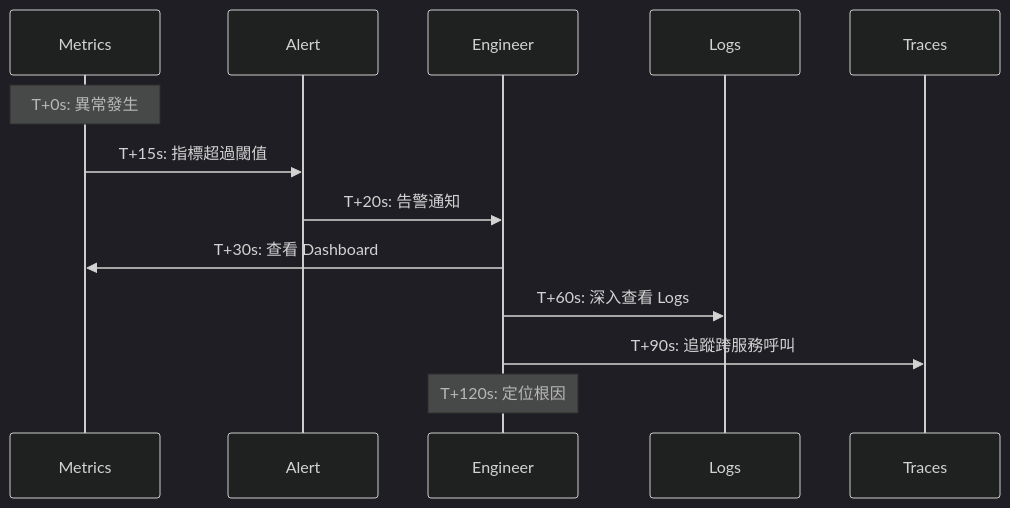
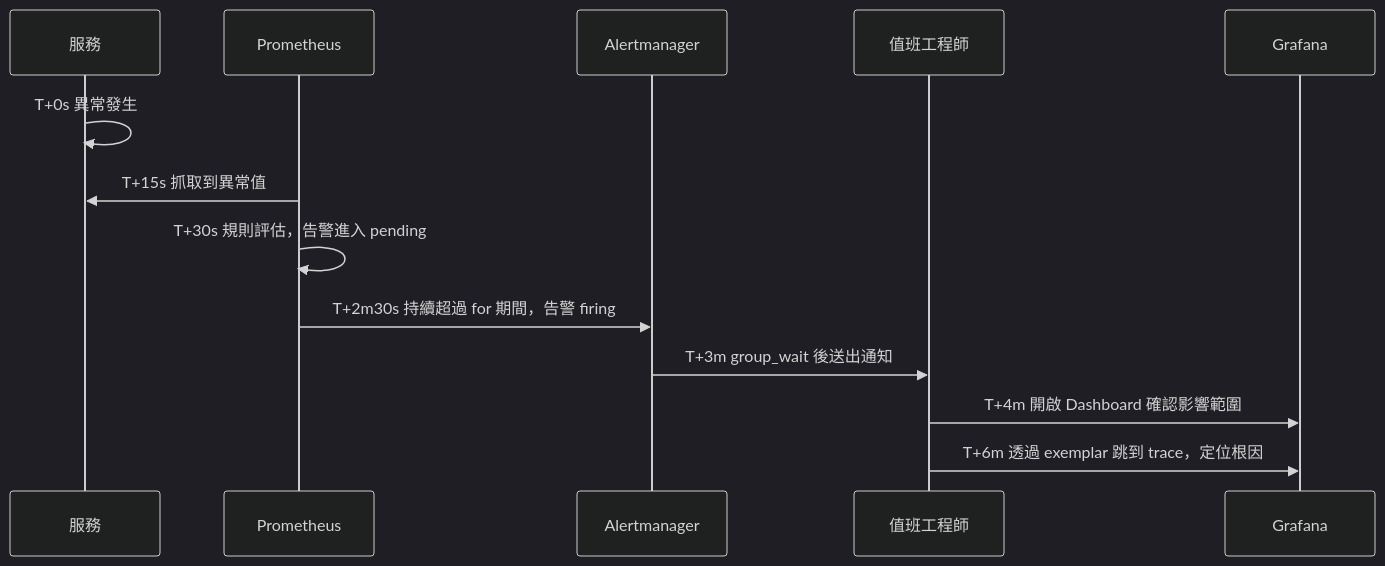
Before and after one commit to chihhung/Blog: the fourth of 28 diagrams in content/posts/教學/工具/Metrics Visualization 教學手冊.md, drawn with Mermaid (dark theme). The commit also changed other lines of this file and 8 other files, not shown here.

````diff
--- a/content/posts/教學/工具/Metrics Visualization 教學手冊.md
+++ b/content/posts/教學/工具/Metrics Visualization 教學手冊.md
@@ -162,16 +387,16 @@
 ```mermaid
 sequenceDiagram
-    participant M as Metrics
-    participant A as Alert
-    participant E as Engineer
-    participant L as Logs
-    participant T as Traces
-    
-    Note over M: T+0s: 異常發生
-    M->>A: T+15s: 指標超過閾值
-    A->>E: T+20s: 告警通知
-    E->>M: T+30s: 查看 Dashboard
-    E->>L: T+60s: 深入查看 Logs
-    E->>T: T+90s: 追蹤跨服務呼叫
-    Note over E: T+120s: 定位根因
+    participant S as 服務
+    participant P as Prometheus
+    participant AM as Alertmanager
+    participant E as 值班工程師
+    participant G as Grafana
+
+    S->>S: T+0s 異常發生
+    P->>S: T+15s 抓取到異常值
+    P->>P: T+30s 規則評估，告警進入 pending
+    P->>AM: T+2m30s 持續超過 for 期間，告警 firing
+    AM->>E: T+3m group_wait 後送出通知
+    E->>G: T+4m 開啟 Dashboard 確認影響範圍
+    E->>G: T+6m 透過 exemplar 跳到 trace，定位根因
 ```
````
